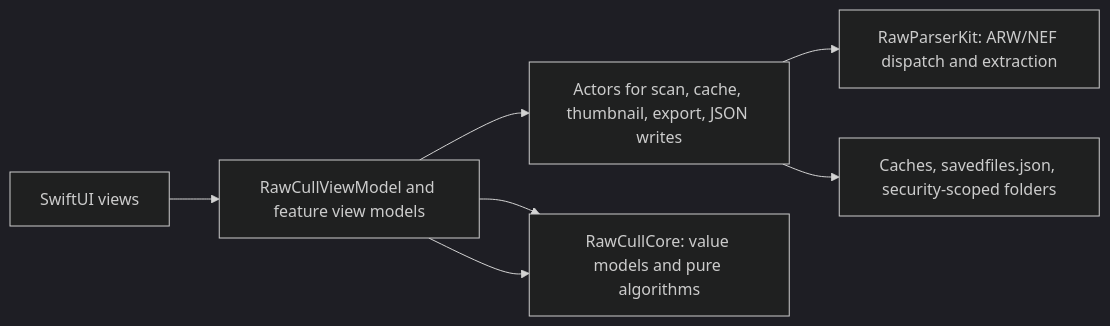
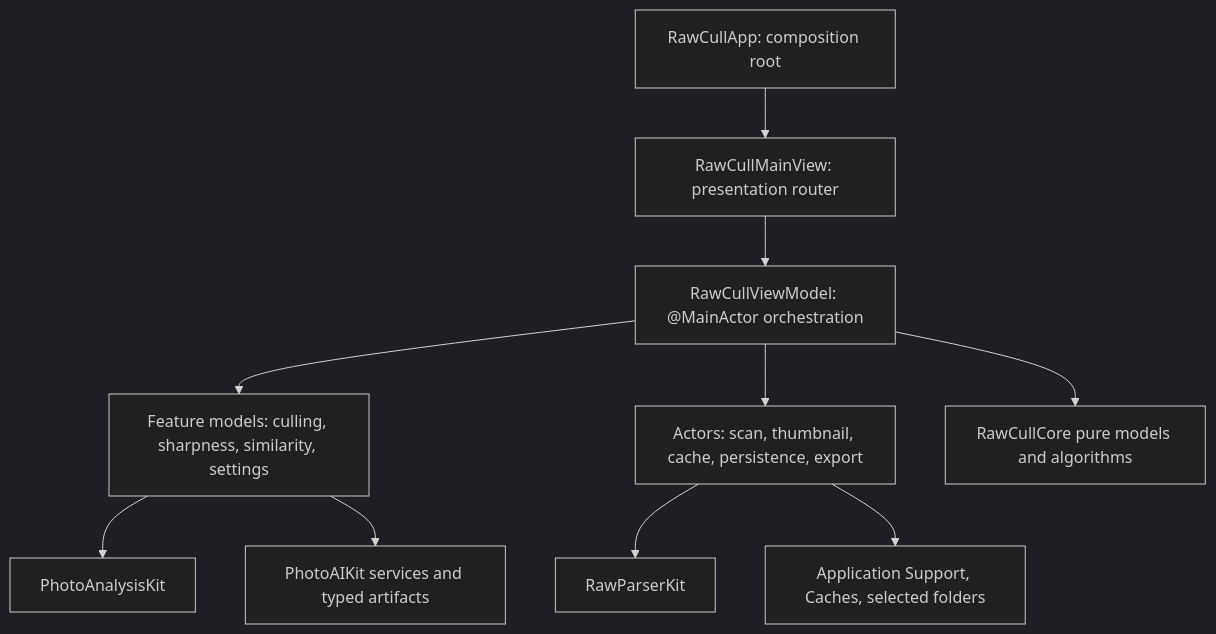
The diagram in content/en/docs/_index.md (rsyncOSX/TechDocRawcull), drawn with Mermaid (dark theme) before and after one commit. The commit also changed other lines of this file and 4 other files, not shown here.

````diff
--- a/content/en/docs/_index.md
+++ b/content/en/docs/_index.md
@@ -51,9 +59,12 @@
 ```mermaid
-flowchart LR
-    UI["SwiftUI views"] --> VM["RawCullViewModel and feature view models"]
-    VM --> Actors["Actors for scan, cache, thumbnail, export, JSON writes"]
-    Actors --> Parser["RawParserKit: ARW/NEF dispatch and extraction"]
-    VM --> Core["RawCullCore: value models and pure algorithms"]
-    Actors --> Disk["Caches, savedfiles.json, security-scoped folders"]
-    VM --> Core
+flowchart TD
+    App["RawCullApp: composition root"] --> Main["RawCullMainView: presentation router"]
+    Main --> VM["RawCullViewModel: @MainActor orchestration"]
+    VM --> Feature["Feature models: culling, sharpness, similarity, settings"]
+    VM --> Actors["Actors: scan, thumbnail, cache, persistence, export"]
+    Feature --> Analysis["PhotoAnalysisKit"]
+    Feature --> AI["PhotoAIKit services and typed artifacts"]
+    Actors --> Parser["RawParserKit"]
+    VM --> Core["RawCullCore pure models and algorithms"]
+    Actors --> Storage["Application Support, Caches, selected folders"]
 ```
````
